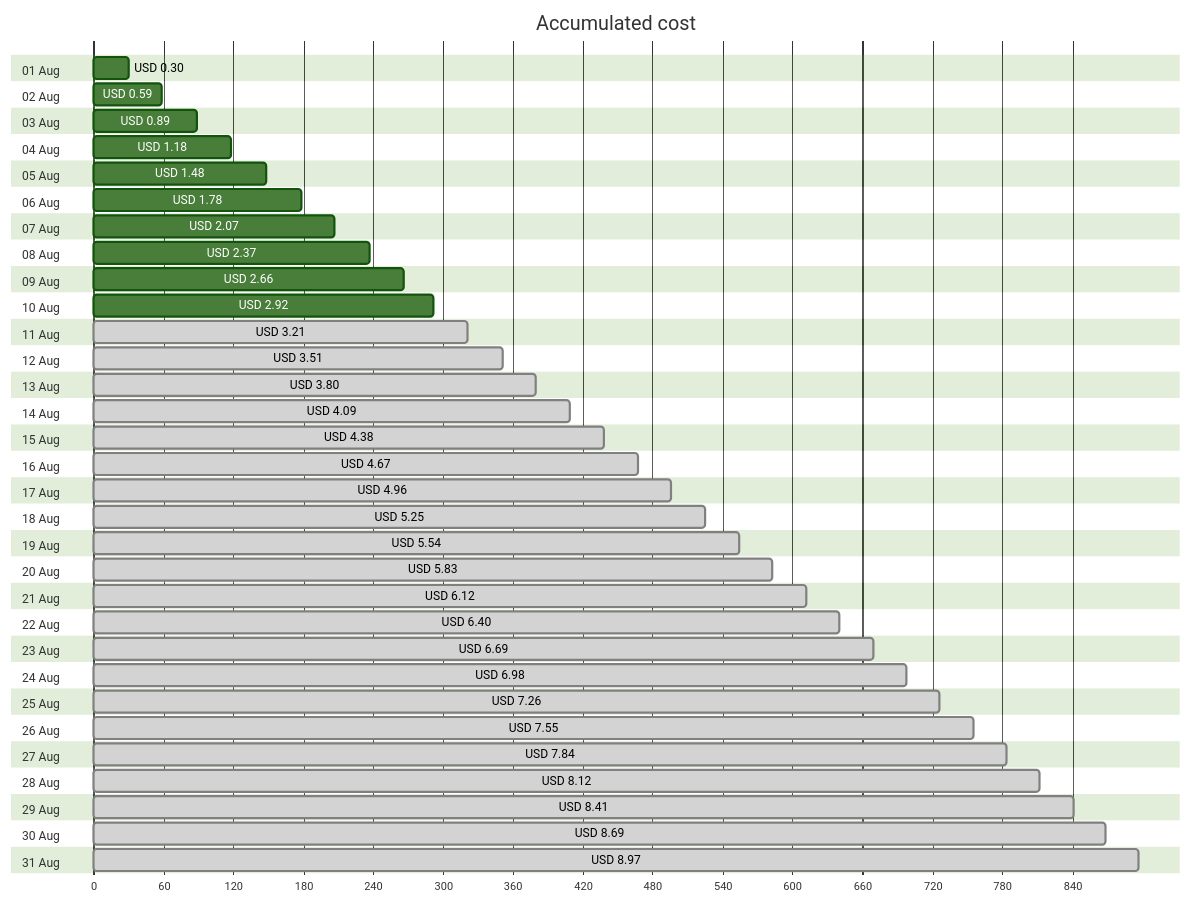
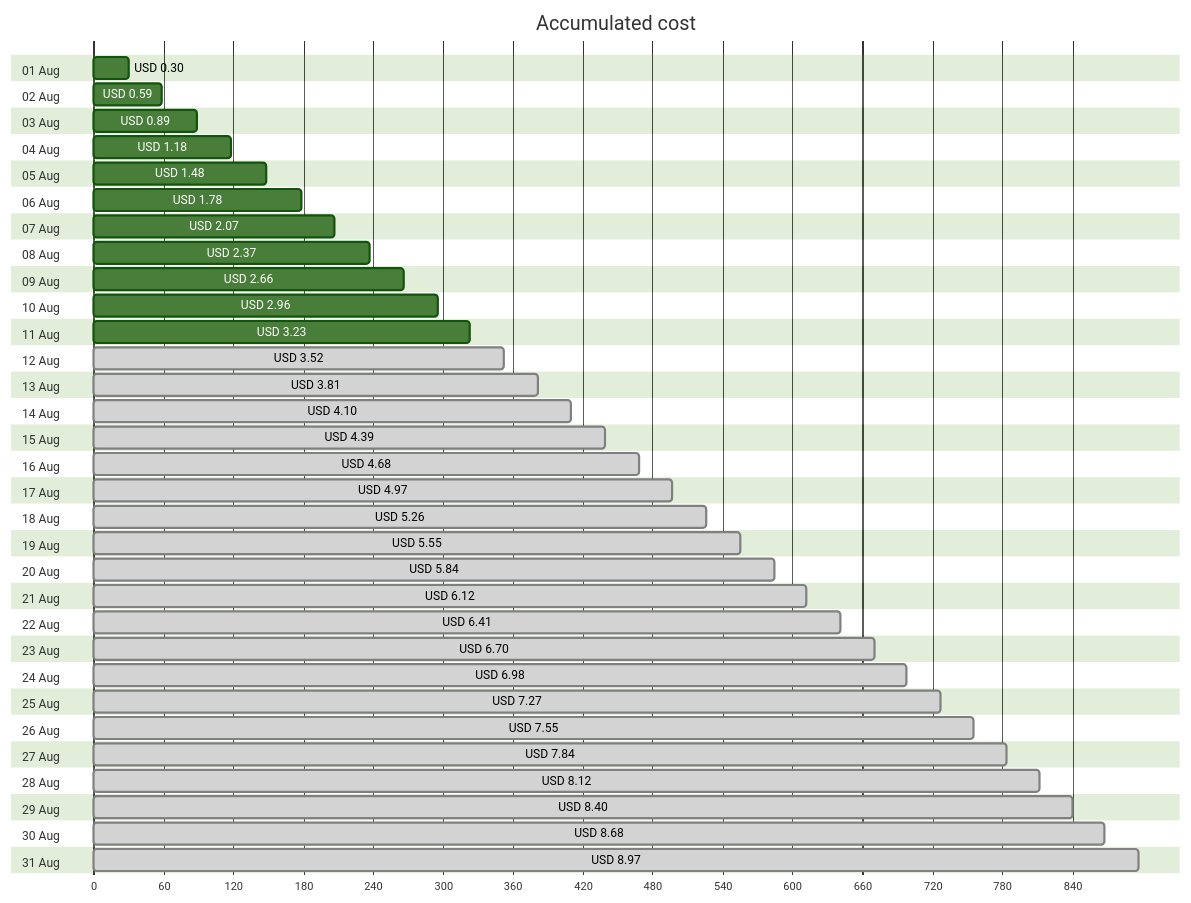
Before and after one commit to jpfulton/azure-personal-reports: the first of 4 diagrams in cost-reports/personal-site/personal-site.md, drawn with Mermaid (forest theme). The commit also changed other lines of this file and 6 other files, not shown here.

````diff
--- a/cost-reports/personal-site/personal-site.md
+++ b/cost-reports/personal-site/personal-site.md
@@ -20,68 +20,68 @@
 ```mermaid
 gantt
    title Accumulated cost
    dateFormat  X
    axisFormat %s
    section 01 Aug
    USD 0.30 :0, 30
    section 02 Aug
    USD 0.59 :0, 59
    section 03 Aug
    USD 0.89 :0, 89
    section 04 Aug
    USD 1.18 :0, 118
    section 05 Aug
    USD 1.48 :0, 148
    section 06 Aug
    USD 1.78 :0, 178
    section 07 Aug
    USD 2.07 :0, 207
    section 08 Aug
    USD 2.37 :0, 237
    section 09 Aug
    USD 2.66 :0, 266
    section 10 Aug
-   USD 2.92 :0, 292
+   USD 2.96 :0, 296
    section 11 Aug
-   USD 3.21 : done, 0, 321
+   USD 3.23 :0, 323
    section 12 Aug
-   USD 3.51 : done, 0, 351
+   USD 3.52 : done, 0, 352
    section 13 Aug
-   USD 3.80 : done, 0, 380
+   USD 3.81 : done, 0, 381
    section 14 Aug
-   USD 4.09 : done, 0, 409
+   USD 4.10 : done, 0, 410
    section 15 Aug
-   USD 4.38 : done, 0, 438
+   USD 4.39 : done, 0, 439
    section 16 Aug
-   USD 4.67 : done, 0, 467
+   USD 4.68 : done, 0, 468
    section 17 Aug
-   USD 4.96 : done, 0, 496
+   USD 4.97 : done, 0, 497
    section 18 Aug
-   USD 5.25 : done, 0, 525
+   USD 5.26 : done, 0, 526
    section 19 Aug
-   USD 5.54 : done, 0, 554
+   USD 5.55 : done, 0, 555
    section 20 Aug
-   USD 5.83 : done, 0, 583
+   USD 5.84 : done, 0, 584
    section 21 Aug
    USD 6.12 : done, 0, 612
    section 22 Aug
-   USD 6.40 : done, 0, 640
+   USD 6.41 : done, 0, 641
    section 23 Aug
-   USD 6.69 : done, 0, 669
+   USD 6.70 : done, 0, 670
    section 24 Aug
    USD 6.98 : done, 0, 698
    section 25 Aug
-   USD 7.26 : done, 0, 726
+   USD 7.27 : done, 0, 727
    section 26 Aug
    USD 7.55 : done, 0, 755
    section 27 Aug
    USD 7.84 : done, 0, 784
    section 28 Aug
    USD 8.12 : done, 0, 812
    section 29 Aug
-   USD 8.41 : done, 0, 841
+   USD 8.40 : done, 0, 840
    section 30 Aug
-   USD 8.69 : done, 0, 869
+   USD 8.68 : done, 0, 868
    section 31 Aug
    USD 8.97 : done, 0, 897
 ```
````
